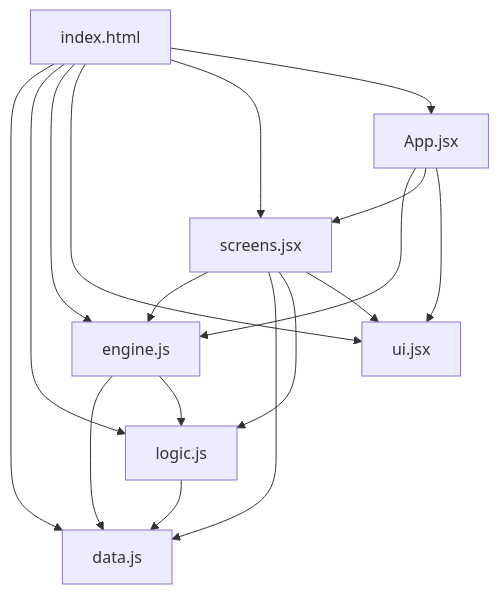
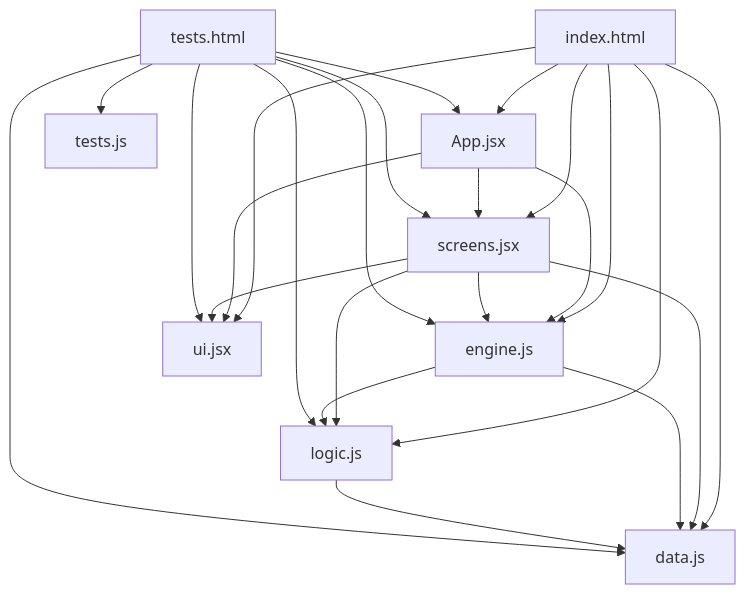
The diagram in architecture.md (papaladin/broadside), drawn with Mermaid before and after one commit. The commit also changed other lines of this file and 6 other files, not shown here.

````diff
--- a/architecture.md
+++ b/architecture.md
@@ -58,23 +45,31 @@
 ```mermaid
 graph TD
     index.html --> data.js
     index.html --> logic.js
     index.html --> engine.js
     index.html --> ui.jsx
     index.html --> screens.jsx
     index.html --> App.jsx
 
     App.jsx --> engine.js
     App.jsx --> screens.jsx
     App.jsx --> ui.jsx
 
     screens.jsx --> engine.js
     screens.jsx --> data.js
     screens.jsx --> logic.js
     screens.jsx --> ui.jsx
 
     engine.js --> data.js
     engine.js --> logic.js
 
     logic.js --> data.js
+
+    tests.html --> data.js
+    tests.html --> logic.js
+    tests.html --> engine.js
+    tests.html --> ui.jsx
+    tests.html --> screens.jsx
+    tests.html --> App.jsx
+    tests.html --> tests.js
 ```
````
